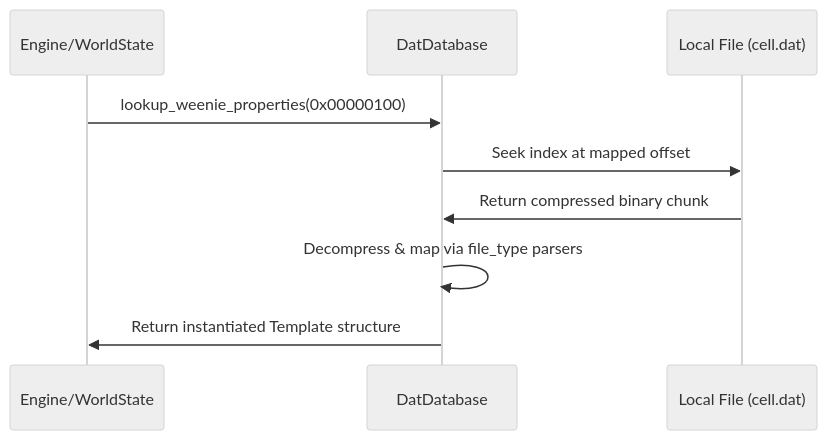
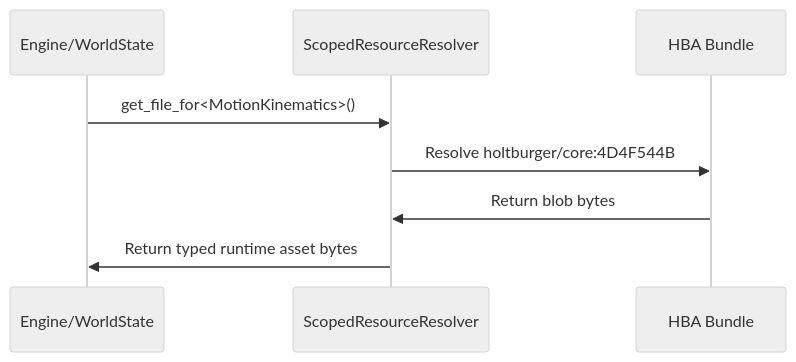
The diagram in crates/holtburger-dat/ARCHITECTURE.md (merklejerk/holtburger), drawn with Mermaid (neutral theme) before and after one commit. The commit also changed other lines of this file and 16 other files, not shown here.

Commit message:
implement motion kinematics asset

````diff
--- a/crates/holtburger-dat/ARCHITECTURE.md
+++ b/crates/holtburger-dat/ARCHITECTURE.md
@@ -26,12 +44,11 @@
 ```mermaid
 sequenceDiagram
     participant Core as Engine/WorldState
-    participant Dat as DatDatabase
-    participant Disk as Local File (cell.dat)
+    participant Resolver as ScopedResourceResolver
+    participant Hba as HBA Bundle
 
-    Core->>Dat: lookup_weenie_properties(0x00000100)
-    Dat->>Disk: Seek index at mapped offset
-    Disk->>Dat: Return compressed binary chunk
-    Dat->>Dat: Decompress & map via file_type parsers
-    Dat->>Core: Return instantiated Template structure
+    Core->>Resolver: get_file_for<MotionKinematics>()
+    Resolver->>Hba: Resolve holtburger/core:4D4F544B
+    Hba->>Resolver: Return blob bytes
+    Resolver->>Core: Return typed runtime asset bytes
 ```
````
